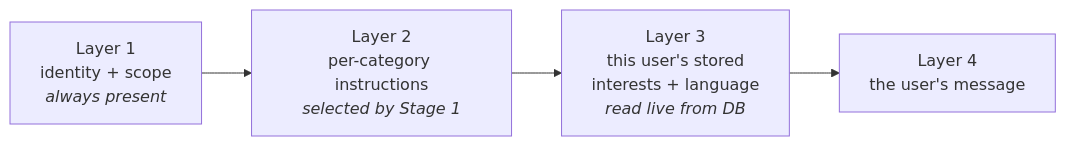
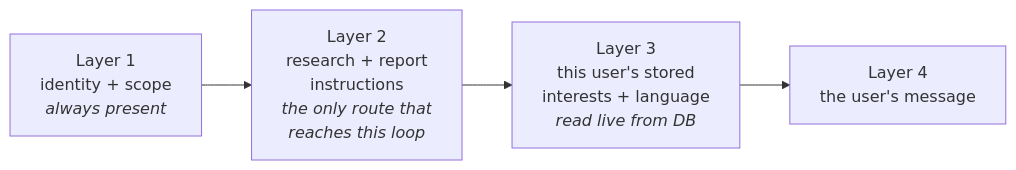
Before and after one commit to nankma/argus: the sixth of 6 diagrams in docs/current/system-overview.md, drawn with Mermaid. The commit also changed other lines of this file, not shown here.

````diff
--- a/docs/current/system-overview.md
+++ b/docs/current/system-overview.md
@@ -346,6 +368,6 @@
 ```mermaid
 flowchart LR
-    L1["Layer 1<br/>identity + scope<br/><i>always present</i>"] --> L2["Layer 2<br/>per-category instructions<br/><i>selected by Stage 1</i>"]
+    L1["Layer 1<br/>identity + scope<br/><i>always present</i>"] --> L2["Layer 2<br/>research + report<br/>instructions<br/><i>the only route that<br/>reaches this loop</i>"]
     L2 --> L3["Layer 3<br/>this user's stored<br/>interests + language<br/><i>read live from DB</i>"]
     L3 --> L4["Layer 4<br/>the user's message"]
 ```
````
